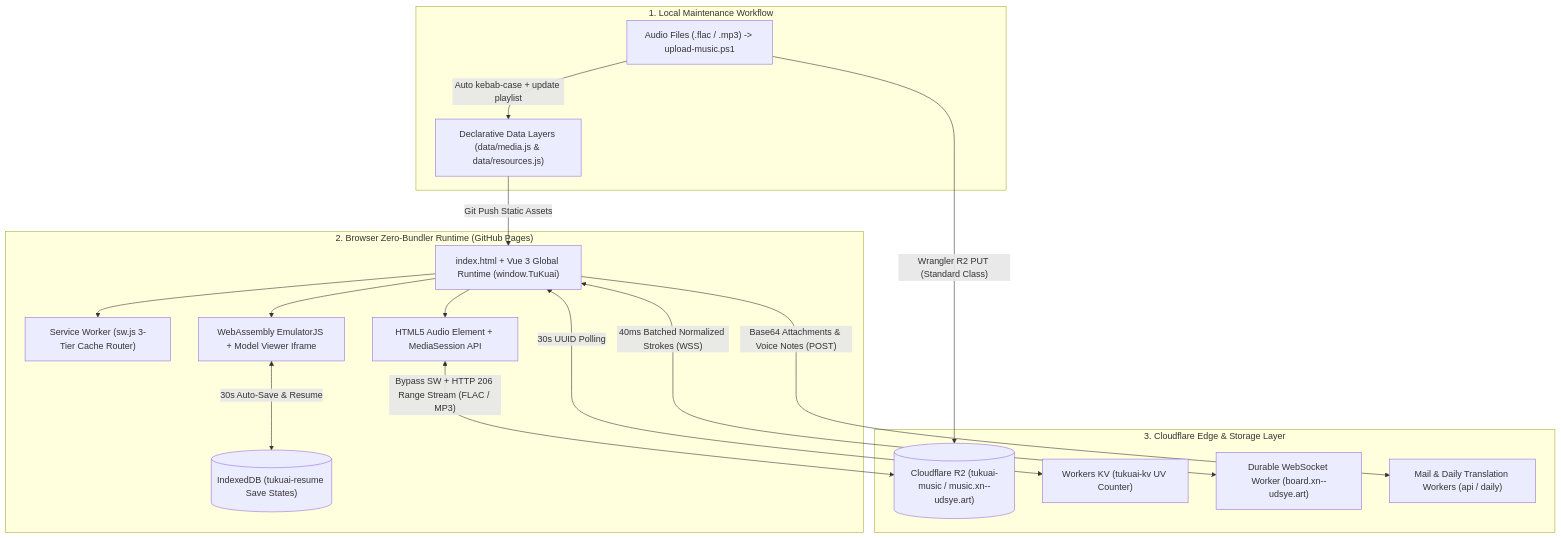
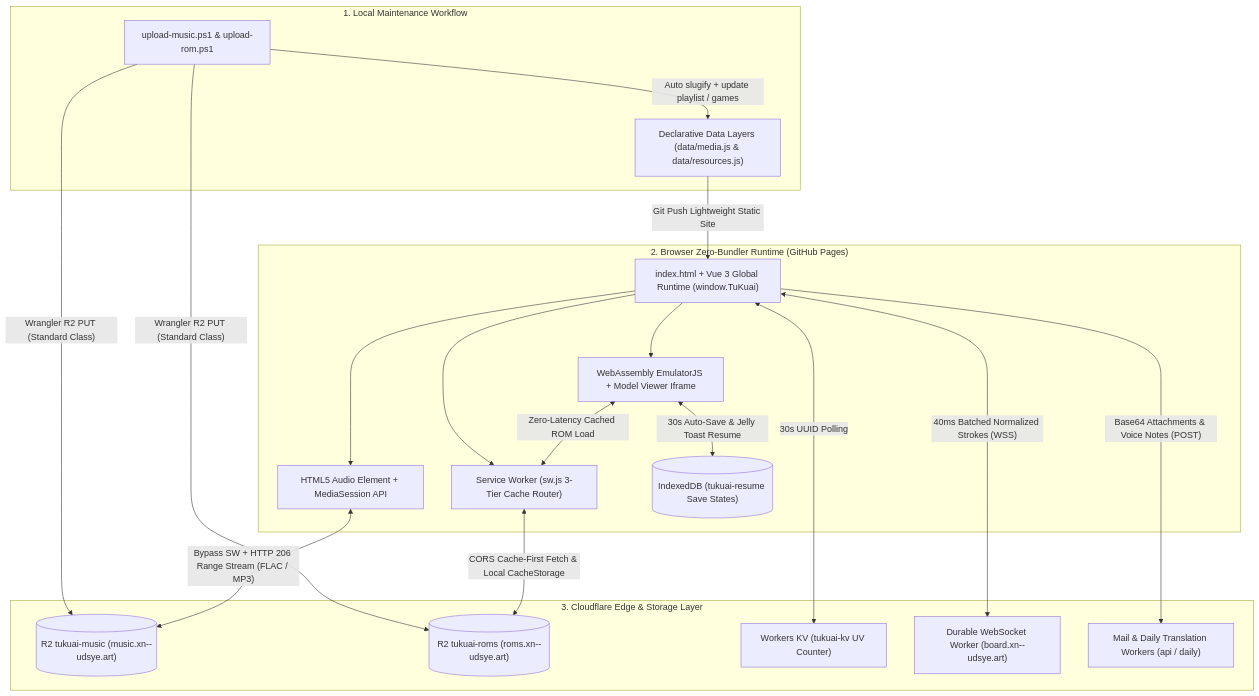
One commit to GallantTarry/TuKuai changed the diagram in README.md. Above: the diagram before and after it, drawn with Mermaid. The commit also changed other lines of this file and 35 other files, not shown here.

First line of the commit message:
Move game ROMs to Cloudflare R2

````diff
--- a/README.md
+++ b/README.md
@@ -89,34 +79,38 @@
 ```mermaid
 flowchart TD
     subgraph Maintainer["1. Local Maintenance Workflow"]
-        M1["Audio Files (.flac / .mp3) -> upload-music.ps1"]
+        M1["upload-music.ps1 & upload-rom.ps1"]
         M2["Declarative Data Layers (data/media.js & data/resources.js)"]
-        M1 -->|"Auto kebab-case + update playlist"| M2
+        M1 -->|"Auto slugify + update playlist / games"| M2
     end
 
     subgraph Client["2. Browser Zero-Bundler Runtime (GitHub Pages)"]
         UI["index.html + Vue 3 Global Runtime (window.TuKuai)"]
         SW["Service Worker (sw.js 3-Tier Cache Router)"]
         AUD["HTML5 Audio Element + MediaSession API"]
         EMU["WebAssembly EmulatorJS + Model Viewer Iframe"]
         IDB[("IndexedDB (tukuai-resume Save States)")]
         UI --> SW
         UI --> AUD
         UI --> EMU
-        EMU <-->|"30s Auto-Save & Resume"| IDB
+        EMU <-->|"30s Auto-Save & Jelly Toast Resume"| IDB
     end
 
     subgraph Edge["3. Cloudflare Edge & Storage Layer"]
-        R2[("Cloudflare R2 (tukuai-music / music.xn--udsye.art)")]
+        R2M[("R2 tukuai-music (music.xn--udsye.art)")]
+        R2R[("R2 tukuai-roms (roms.xn--udsye.art)")]
         KV["Workers KV (tukuai-kv UV Counter)"]
         WS["Durable WebSocket Worker (board.xn--udsye.art)"]
         MAIL["Mail & Daily Translation Workers (api / daily)"]
     end
 
-    M1 -->|"Wrangler R2 PUT (Standard Class)"| R2
-    M2 -->|"Git Push Static Assets"| UI
-    AUD <-->|"Bypass SW + HTTP 206 Range Stream (FLAC / MP3)"| R2
+    M1 -->|"Wrangler R2 PUT (Standard Class)"| R2M
+    M1 -->|"Wrangler R2 PUT (Standard Class)"| R2R
+    M2 -->|"Git Push Lightweight Static Site"| UI
+    AUD <-->|"Bypass SW + HTTP 206 Range Stream (FLAC / MP3)"| R2M
+    SW <-->|"CORS Cache-First Fetch & Local CacheStorage"| R2R
+    EMU <-->|"Zero-Latency Cached ROM Load"| SW
     UI <-->|"30s UUID Polling"| KV
     UI <-->|"40ms Batched Normalized Strokes (WSS)"| WS
     UI -->|"Base64 Attachments & Voice Notes (POST)"| MAIL
 ```
````
